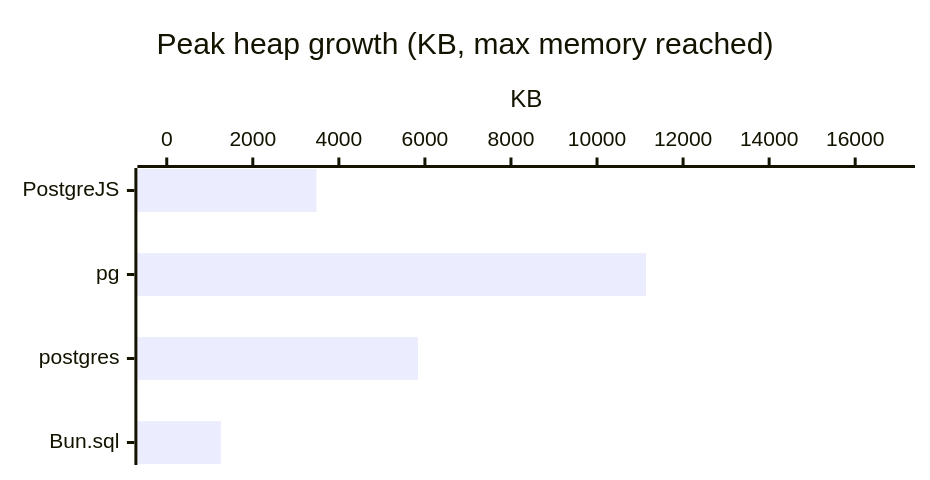
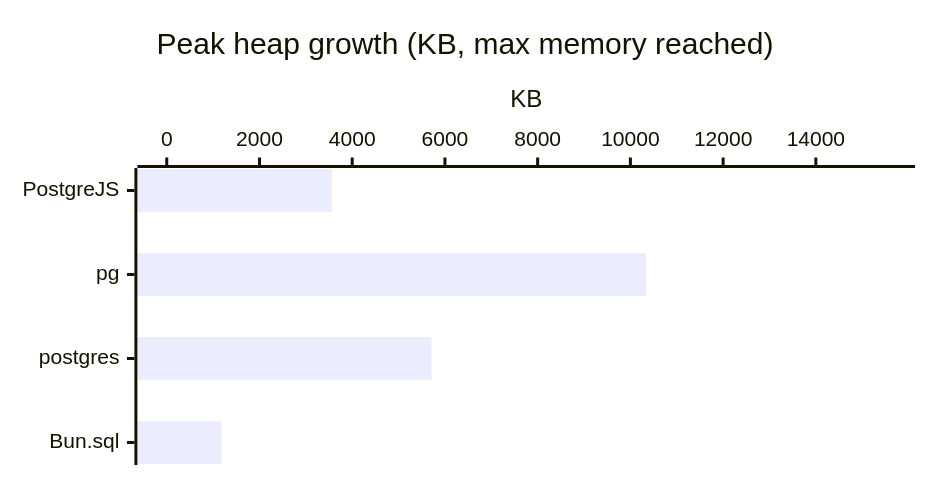
One commit to panates/postgrejs-doc changed diagram 15 of 56 in docs/getting-started/benchmarks-bun.md. Above: the diagram before and after it, drawn with Mermaid. The commit also changed other lines of this file and 24 other files, not shown here.

````diff
--- a/docs/getting-started/benchmarks-bun.md
+++ b/docs/getting-started/benchmarks-bun.md
@@ -406,8 +406,8 @@
 ```mermaid
 %%{init: {'xyChart': {'width': 600, 'height': 300, 'chartOrientation': 'horizontal'}}}%%
 xychart-beta
     title "Peak heap growth (KB, max memory reached)"
     x-axis ["PostgreJS", "pg", "postgres", "Bun.sql"]
-    y-axis "KB" 0.0000 --> 16707.5742
-    bar [3479.2578, 11138.3828, 5838.2363, 1259.3096]
+    y-axis "KB" 0.0000 --> 15505.4370
+    bar [3559.8916, 10336.9580, 5711.0244, 1177.9814]
 ```
````
